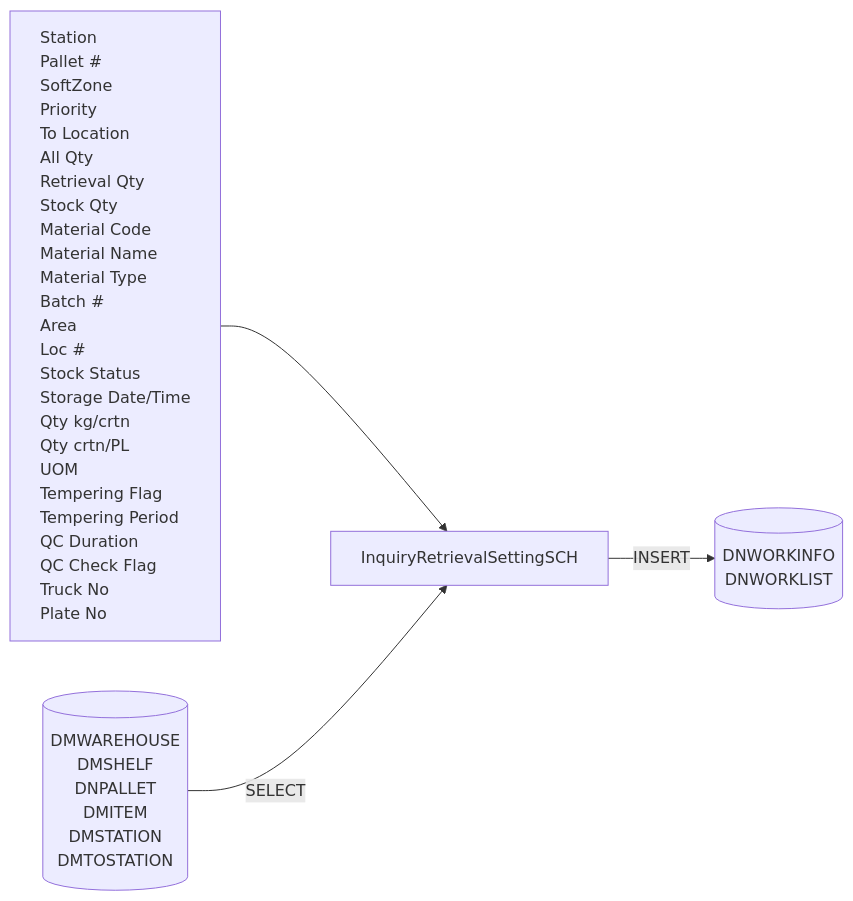
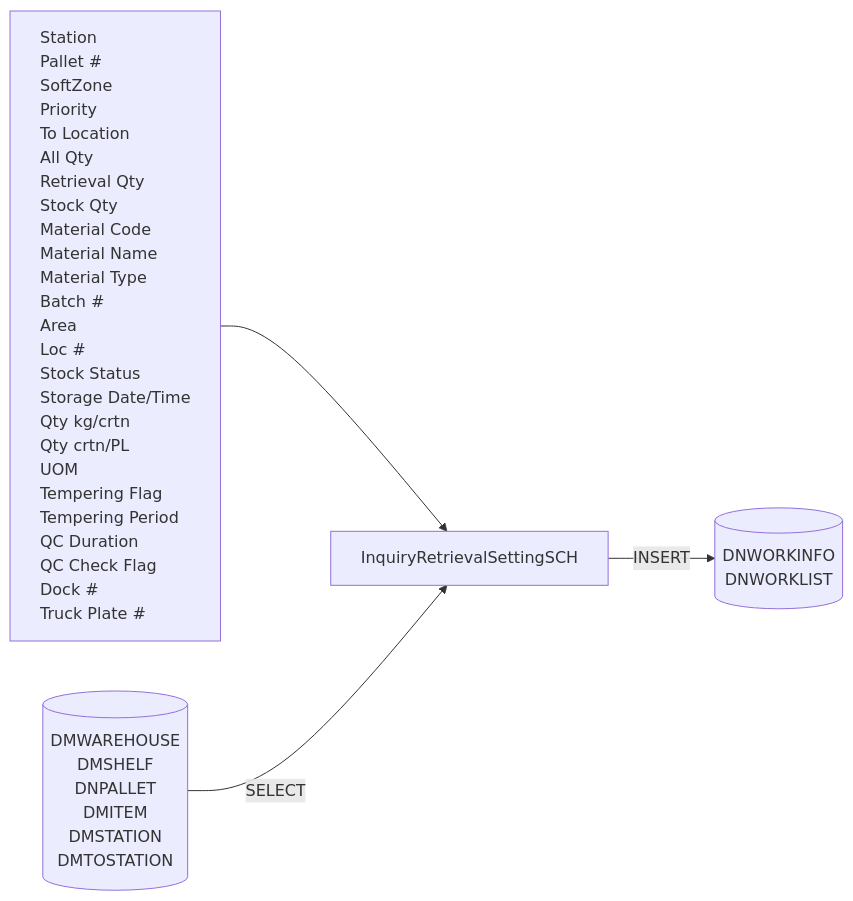
One commit to luthfiadityaa/SimeDarby-Wiki changed the third of 11 diagrams in Basic-Design/DFD-WMS/Retrieval/Unplanned-Retrieval-to-HP-Area.md. Above: the diagram before and after it, drawn with Mermaid.

Commit message:
Updated Unplanned Retrieval to HP Area

```diff
--- a/Basic-Design/DFD-WMS/Retrieval/Unplanned-Retrieval-to-HP-Area.md
+++ b/Basic-Design/DFD-WMS/Retrieval/Unplanned-Retrieval-to-HP-Area.md
@@ -105,52 +105,52 @@
 ::: mermaid
 flowchart LR
     input[
         Station
         Pallet #
         SoftZone
         Priority
         To Location
         All Qty
         Retrieval Qty
         Stock Qty
         Material Code
         Material Name
         Material Type
         Batch #
         Area
         Loc #
         Stock Status
         Storage Date/Time
         Qty kg/crtn
         Qty crtn/PL
         UOM
         Tempering Flag
         Tempering Period
         QC Duration
         QC Check Flag
-        Truck No
-        Plate No
+        Dock #
+        Truck Plate #  
     ]
 
     tableList-insert[("
         DNWORKINFO
         DNWORKLIST
     ")]
 
      tableList-select[("
         DMWAREHOUSE
         DMSHELF
         DNPALLET
         DMITEM
         DMSTATION
         DMTOSTATION
     ")]
 
     className[InquiryRetrievalSettingSCH]
 
     input --> className --> |INSERT| tableList-insert
     tableList-select --> |SELECT| className
 
     classDef leftAlign text-align:left;
     class input leftAlign;
 :::
```
